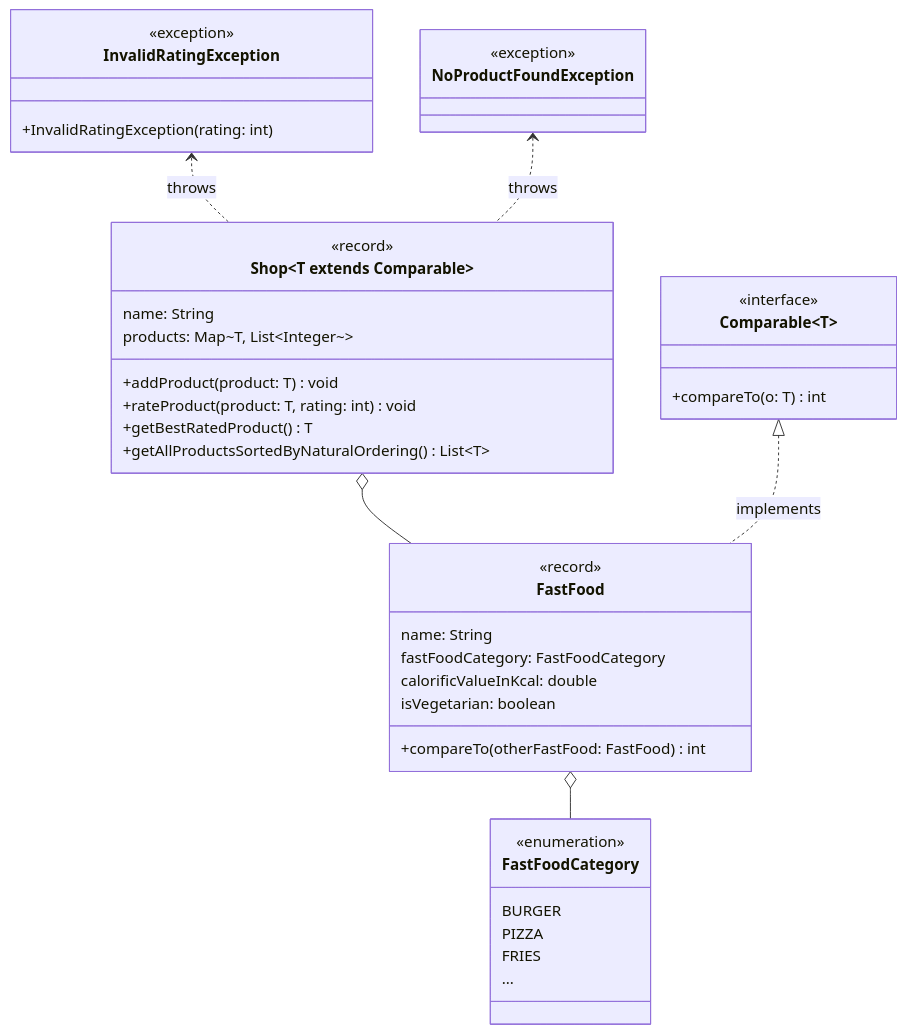
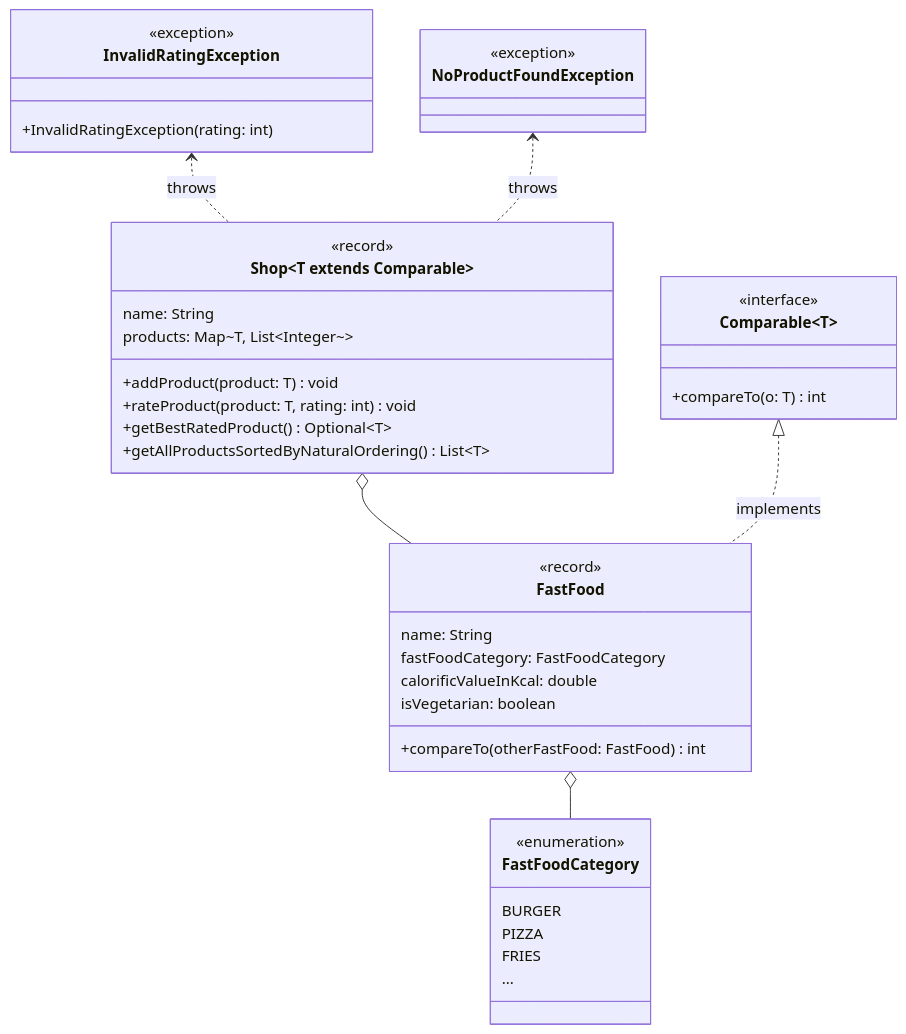
One commit to appenmaier/java_wwibe123 changed the diagram in test-exercise.md. Above: the diagram before and after it, drawn with Mermaid. The commit also changed other lines of this file, not shown here.

````diff
--- a/test-exercise.md
+++ b/test-exercise.md
@@ -6,49 +6,49 @@
 ```mermaid
 classDiagram
     FastFood o-- FastFoodCategory
     Shop~T extends Comparable<T>~ o-- FastFood
     Comparable~T~ <|.. FastFood: implements
     InvalidRatingException <.. Shop~T extends Comparable<T>~: throws
     NoProductFoundException <.. Shop~T extends Comparable<T>~: throws
 
     class FastFoodCategory {
         <<enumeration>>
         BURGER
         PIZZA
         FRIES
         ...
     }
 
     class FastFood {
         <<record>>
         name: String
         fastFoodCategory: FastFoodCategory
         calorificValueInKcal: double
         isVegetarian: boolean
         +compareTo(otherFastFood: FastFood) int
     }
 
     class Shop~T extends Comparable<T>~ {
         <<record>>
         name: String
         products: Map~T, List~Integer~~
         +addProduct(product: T) void
         +rateProduct(product: T, rating: int) void
-        +getBestRatedProduct() T
+        +getBestRatedProduct() Optional~T~
         +getAllProductsSortedByNaturalOrdering() List~T~
     }
 
     class Comparable~T~ {
         <<interface>>
         +compareTo(o: T) int
     }
 
     class InvalidRatingException {
         <<exception>>
         +InvalidRatingException(rating: int)
     }
 
     class NoProductFoundException {
         <<exception>>
     }
 ```
````
